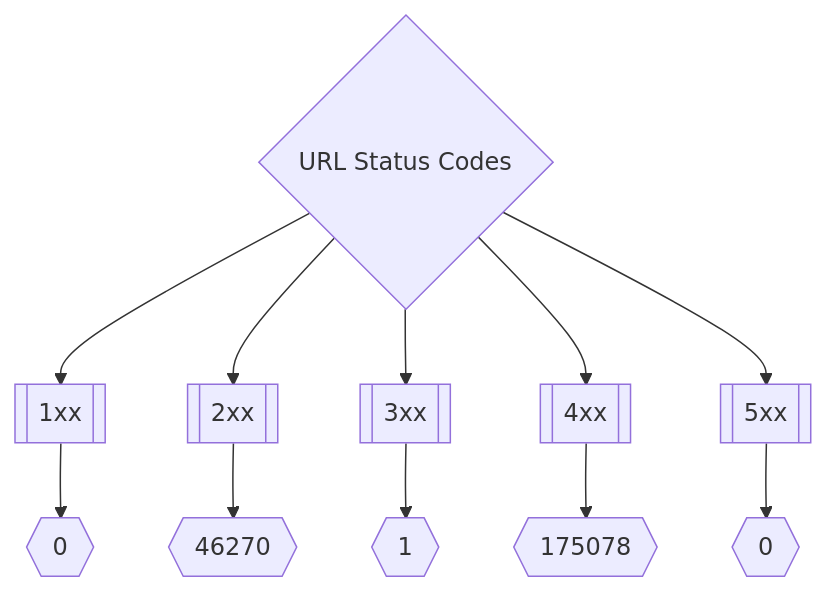
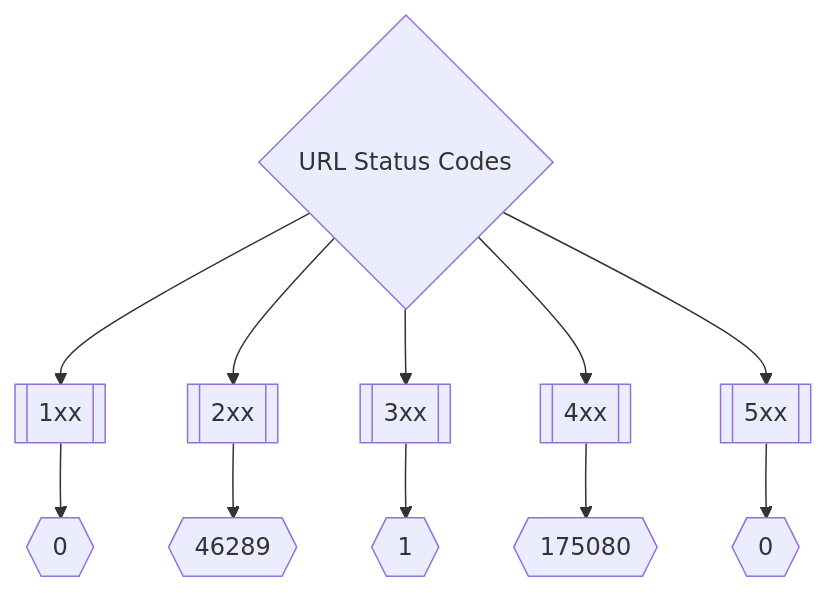
One commit to trickest/inventory changed the second of 3 diagrams in README.md. Above: the diagram before and after it, drawn with Mermaid. The commit also changed other lines of this file, not shown here.

Commit message:
Update Tue Mar 29 12:42:04 UTC 2022

````diff
--- a/README.md
+++ b/README.md
@@ -173,8 +173,8 @@
 ```mermaid
 graph TD
 title{URL Status Codes} --> 1xx[[1xx]] --> status1xxNum{{0}}
-title --> 2xx[[2xx]] --> status2xxNum{{46270}}
+title --> 2xx[[2xx]] --> status2xxNum{{46289}}
 title --> 3xx[[3xx]] --> status3xxNum{{1}}
-title --> 4xx[[4xx]] --> status4xxNum{{175078}}
+title --> 4xx[[4xx]] --> status4xxNum{{175080}}
 title --> 5xx[[5xx]] --> status5xxNum{{0}}
 ```
````
